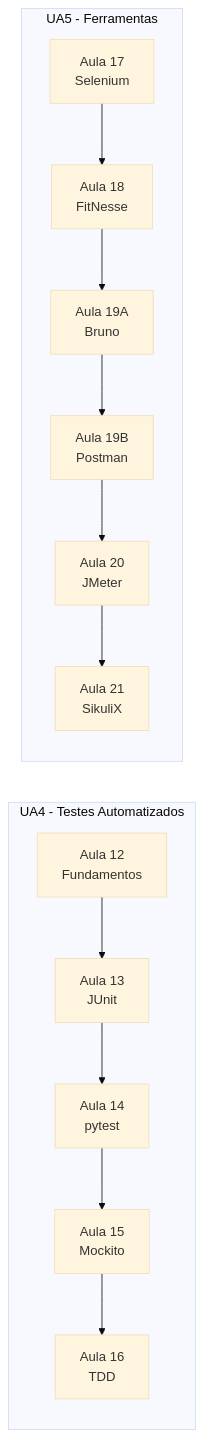
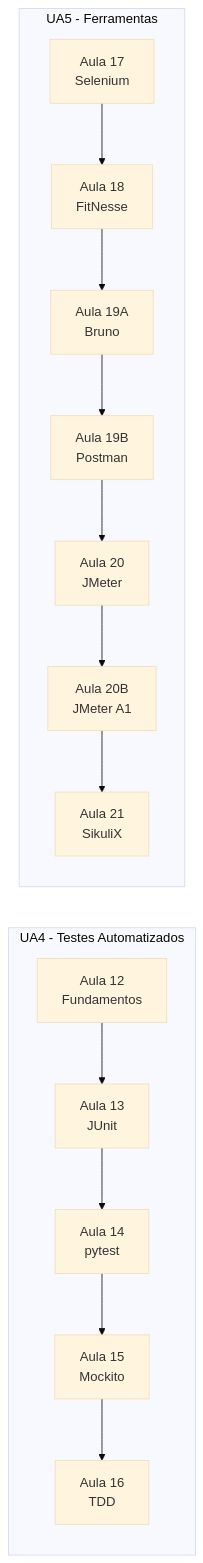
Before and after one commit to giovanebarcelos/gqs-sandbox: the diagram in class12/diagrams/GQS12-D02-flowchart.mmd, drawn with Mermaid (base theme). The commit also changed 11 other files, not shown here.

```diff
--- a/class12/diagrams/GQS12-D02-flowchart.mmd
+++ b/class12/diagrams/GQS12-D02-flowchart.mmd
@@ -1,14 +1,15 @@
 flowchart LR
     subgraph UA4[UA4 - Testes Automatizados]
         A12[Aula 12\nFundamentos] --> A13[Aula 13\nJUnit]
         A13 --> A14[Aula 14\npytest]
         A14 --> A15[Aula 15\nMockito]
         A15 --> A16[Aula 16\nTDD]
     end
     subgraph UA5[UA5 - Ferramentas]
         A17[Aula 17\nSelenium] --> A18[Aula 18\nFitNesse]
         A18 --> A19A[Aula 19A\nBruno]
         A19A --> A19B[Aula 19B\nPostman]
         A19B --> A20[Aula 20\nJMeter]
-        A20 --> A21[Aula 21\nSikuliX]
+        A20 --> A20B[Aula 20B\nJMeter A1]
+        A20B --> A21[Aula 21\nSikuliX]
     end
```
